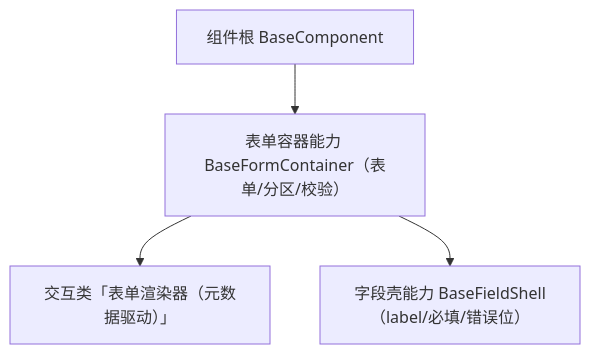
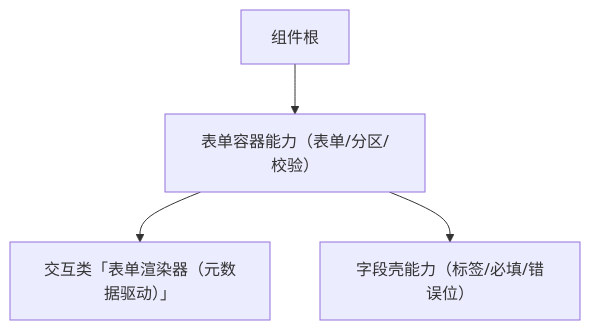
Before and after one commit to minjian123/basic-management-system: the diagram in bms文档/设计/组件设计/02_基础组件类/02_能力类/05_组件设计_表单容器能力/05_组件设计_表单容器能力.md, drawn with Mermaid. The commit also changed other lines of this file and 238 other files, not shown here.

````diff
--- a/bms文档/设计/组件设计/02_基础组件类/02_能力类/05_组件设计_表单容器能力/05_组件设计_表单容器能力.md
+++ b/bms文档/设计/组件设计/02_基础组件类/02_能力类/05_组件设计_表单容器能力/05_组件设计_表单容器能力.md
@@ -15,6 +16,6 @@
 ```mermaid
 flowchart TD
-    COMP["组件根 BaseComponent"] --> FC["表单容器能力 BaseFormContainer（表单/分区/校验）"]
+    COMP["组件根"] --> FC["表单容器能力（表单/分区/校验）"]
     FC --> R["交互类「表单渲染器（元数据驱动）」"]
-    FC --> C["字段壳能力 BaseFieldShell（label/必填/错误位）"]
+    FC --> C["字段壳能力（标签/必填/错误位）"]
 ```
````
